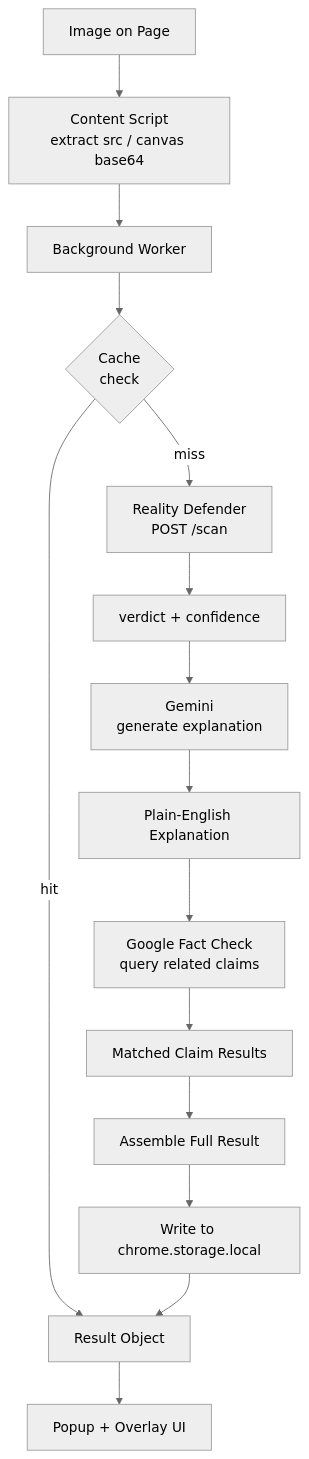
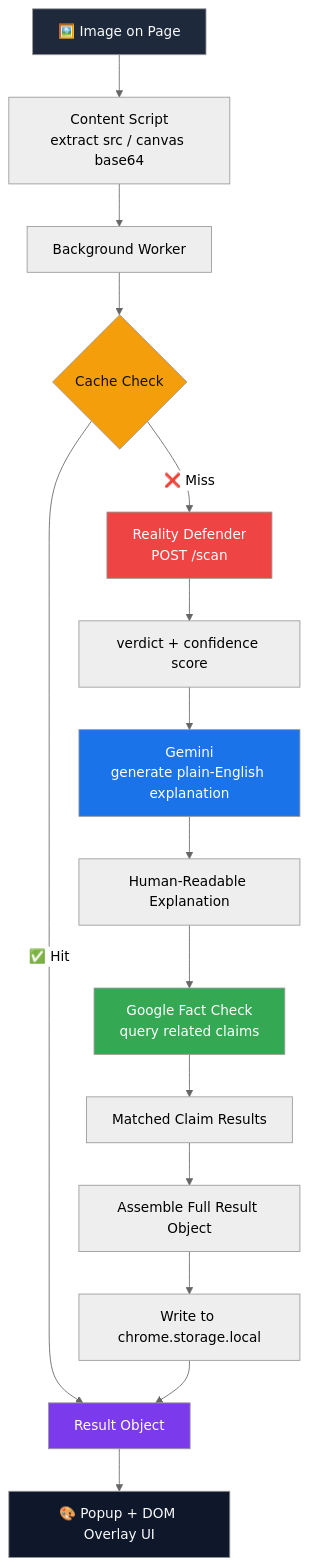
The fourth of 4 diagrams in README.md (HarshBhanushali07/pixelproof), drawn with Mermaid (neutral theme) before and after one commit. The commit also changed other lines of this file, not shown here.

````diff
--- a/README.md
+++ b/README.md
@@ -217,17 +372,29 @@
 ```mermaid
 flowchart TD
-    IMG[Image on Page] --> CS[Content Script\nextract src / canvas base64]
+    IMG[🖼️ Image on Page] --> CS[Content Script\nextract src / canvas base64]
     CS --> BW[Background Worker]
-    BW --> CACHE{Cache\ncheck}
-    CACHE -- hit --> RESULT[Result Object]
-    CACHE -- miss --> RD[Reality Defender\nPOST /scan]
-    RD --> VERDICT[verdict + confidence]
-    VERDICT --> GEM[Gemini\ngenerate explanation]
-    GEM --> EXP[Plain-English Explanation]
+    BW --> CACHE{Cache Check}
+
+    CACHE -- ✅ Hit --> RESULT[Result Object]
+    CACHE -- ❌ Miss --> RD[Reality Defender\nPOST /scan]
+
+    RD --> VERDICT[verdict + confidence score]
+    VERDICT --> GEM[Gemini\ngenerate plain-English explanation]
+    GEM --> EXP[Human-Readable Explanation]
     EXP --> FC[Google Fact Check\nquery related claims]
     FC --> CLAIMS[Matched Claim Results]
-    CLAIMS --> ASSEMBLE[Assemble Full Result]
+
+    CLAIMS --> ASSEMBLE[Assemble Full Result Object]
     ASSEMBLE --> STORE[Write to chrome.storage.local]
     STORE --> RESULT
-    RESULT --> UI[Popup + Overlay UI]
+
+    RESULT --> UI[🎨 Popup + DOM Overlay UI]
+
+    style IMG fill:#1e293b,color:#f8fafc
+    style CACHE fill:#f59e0b,color:#111
+    style RD fill:#ef4444,color:#fff
+    style GEM fill:#1a73e8,color:#fff
+    style FC fill:#34a853,color:#fff
+    style RESULT fill:#7c3aed,color:#fff
+    style UI fill:#0f172a,color:#f8fafc
 ```
````
